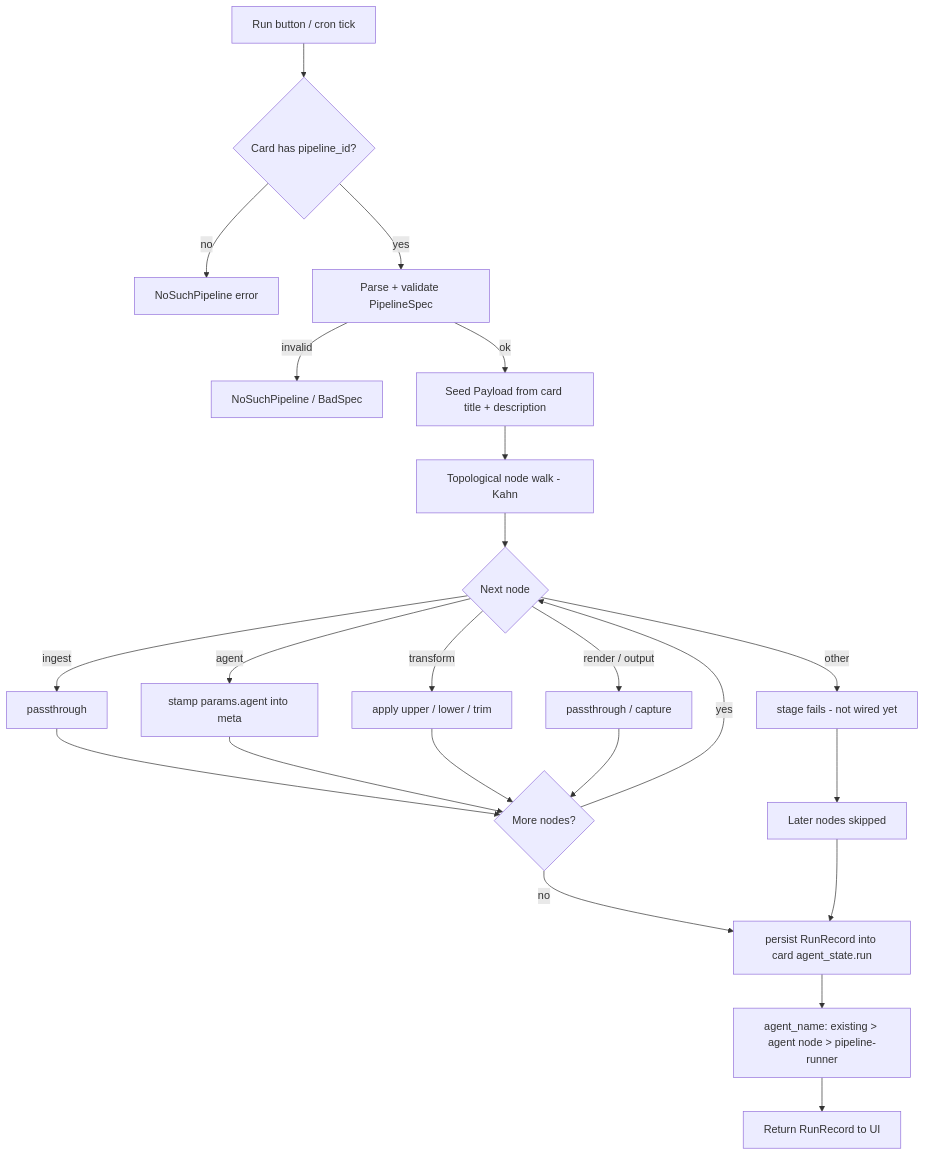
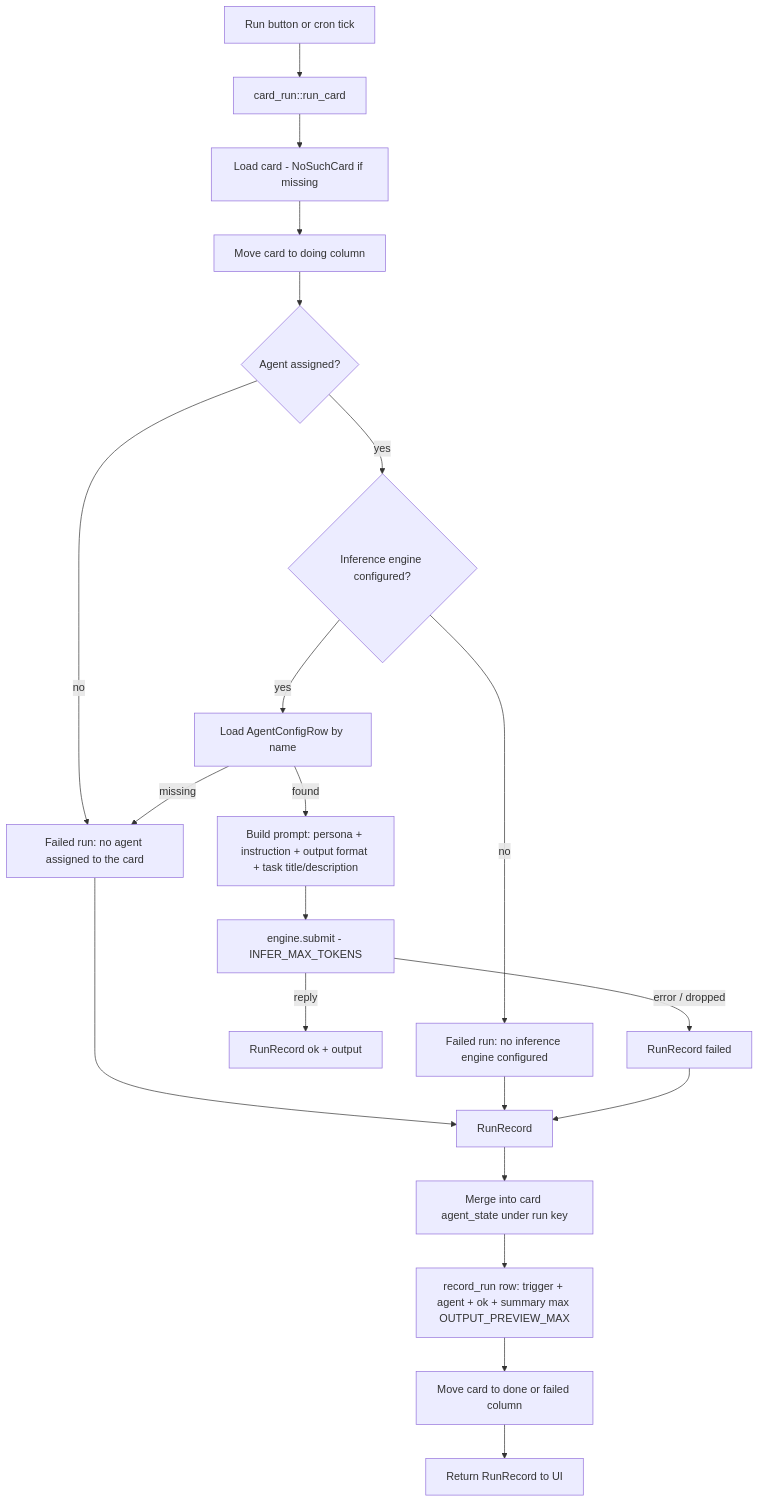
The second of 3 diagrams in docs/agent-web.md (lidm0707/susutaku), drawn with Mermaid before and after one commit. The commit also changed other lines of this file and 11 other files, not shown here.

````diff
--- a/docs/agent-web.md
+++ b/docs/agent-web.md
@@ -79,25 +118,23 @@
 ```mermaid
 graph TD
-    A[Run button / cron tick] --> B{Card has pipeline_id?}
-    B -->|no| ERR[NoSuchPipeline error]
-    B -->|yes| C[Parse + validate PipelineSpec]
-    C -->|invalid| ERR2[NoSuchPipeline / BadSpec]
-    C -->|ok| D[Seed Payload from card title + description]
-    D --> E[Topological node walk - Kahn]
-    E --> F{Next node}
-    F -->|ingest| G[passthrough]
-    F -->|agent| H[stamp params.agent into meta]
-    F -->|transform| I[apply upper / lower / trim]
-    F -->|render / output| J[passthrough / capture]
-    F -->|other| K[stage fails - not wired yet]
-    G --> L{More nodes?}
-    H --> L
-    I --> L
-    J --> L
-    K --> M[Later nodes skipped]
-    L -->|yes| F
-    L -->|no| N[persist RunRecord into card agent_state.run]
+    A[Run button or cron tick] --> B[card_run::run_card]
+    B --> C[Load card - NoSuchCard if missing]
+    C --> D[Move card to doing column]
+    D --> E{Agent assigned?}
+    E -->|no| F[Failed run: no agent assigned to the card]
+    E -->|yes| G{Inference engine configured?}
+    G -->|no| H[Failed run: no inference engine configured]
+    G -->|yes| I[Load AgentConfigRow by name]
+    I -->|missing| F
+    I -->|found| J[Build prompt: persona + instruction + output format + task title/description]
+    J --> K[engine.submit - INFER_MAX_TOKENS]
+    K -->|reply| L[RunRecord ok + output]
+    K -->|error / dropped| M[RunRecord failed]
+    F --> N[RunRecord]
+    H --> N
     M --> N
-    N --> O[agent_name: existing > agent node > pipeline-runner]
-    O --> P[Return RunRecord to UI]
+    N --> O[Merge into card agent_state under run key]
+    O --> P[record_run row: trigger + agent + ok + summary max OUTPUT_PREVIEW_MAX]
+    P --> Q[Move card to done or failed column]
+    Q --> R[Return RunRecord to UI]
 ```
````
